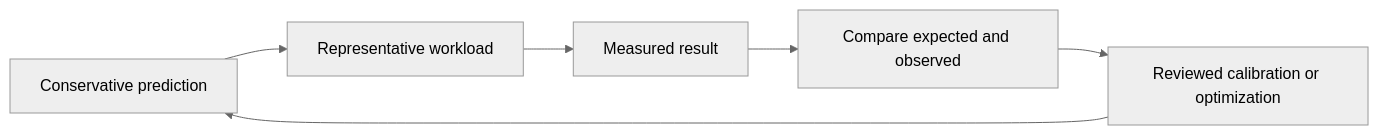
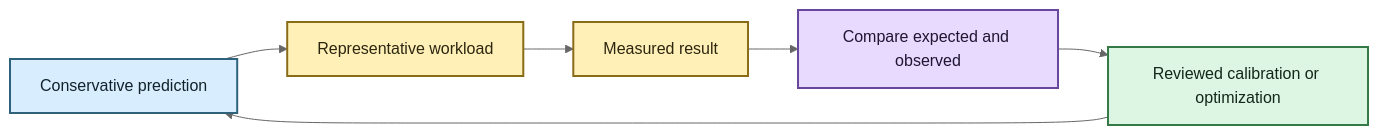
Before and after one commit to SSD1805/EchoFlow: the diagram in docs/development/benchmarking.md, drawn with Mermaid (neutral theme). The commit also changed other lines of this file, not shown here.

````diff
--- a/docs/development/benchmarking.md
+++ b/docs/development/benchmarking.md
@@ -46,8 +42,18 @@
 ```mermaid
 flowchart LR
     A[Conservative prediction] --> B[Representative workload]
     B --> C[Measured result]
     C --> D[Compare expected and observed]
     D --> E[Reviewed calibration or optimization]
     E --> A
+
+    classDef inspect fill:#D8EEFF,stroke:#2E617B,stroke-width:2px,color:#12222A
+    classDef process fill:#E8D9FF,stroke:#68469B,stroke-width:2px,color:#1F1630
+    classDef evidence fill:#FFF0B8,stroke:#8A6B18,stroke-width:2px,color:#2C260F
+    classDef view fill:#DDF5E3,stroke:#347A46,stroke-width:2px,color:#142719
+
+    class A inspect
+    class B,C evidence
+    class D process
+    class E view
 ```
````
